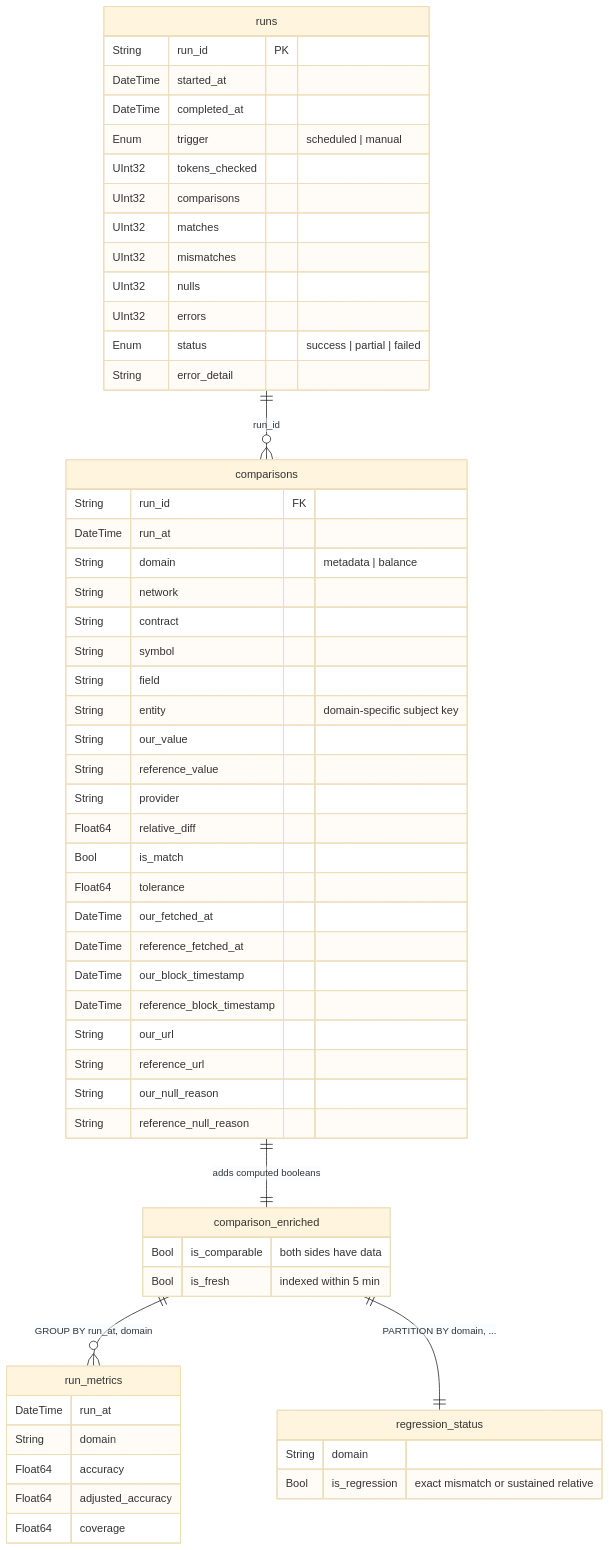
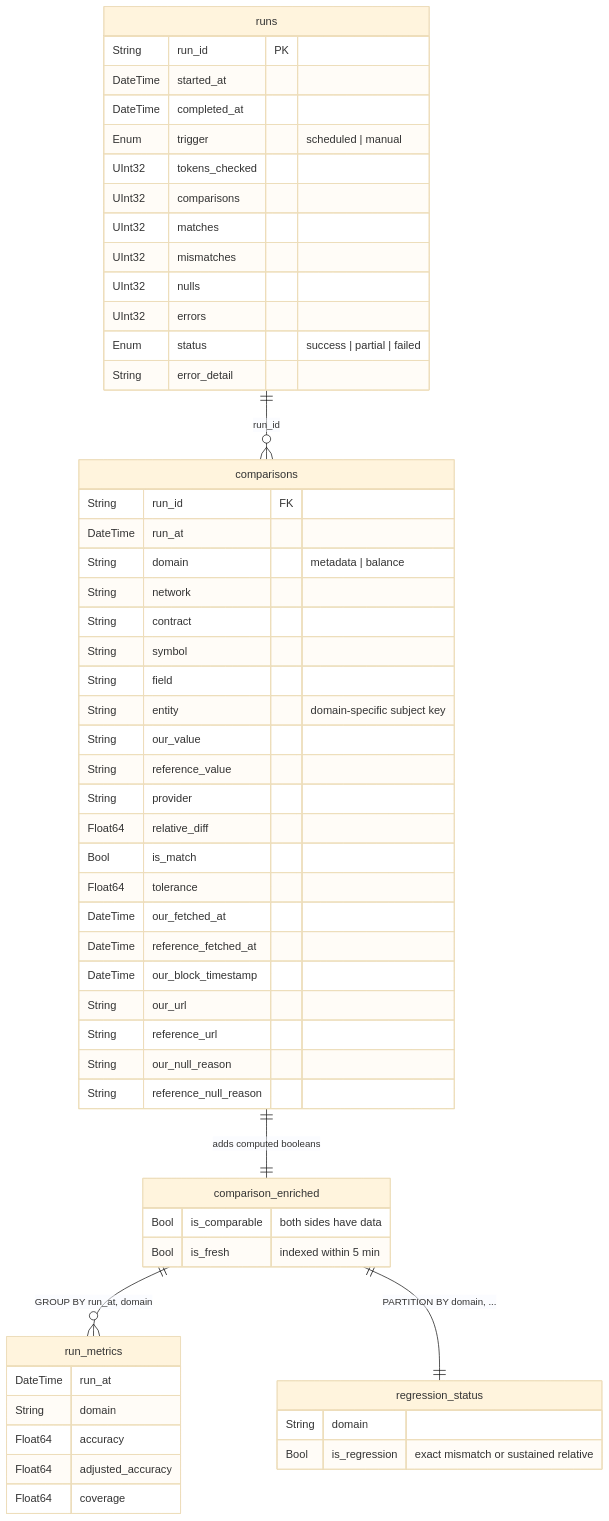
One commit to pinax-network/token-api-validator changed the diagram in README.md. Above: the diagram before and after it, drawn with Mermaid (base theme). The commit also changed 5 other files, not shown here.

First line of the commit message:
Drop reference_block_timestamp (redundant with block-pinning)

````diff
--- a/README.md
+++ b/README.md
@@ -163,65 +163,64 @@
 ```mermaid
 erDiagram
     runs {
         String run_id PK
         DateTime started_at
         DateTime completed_at
         Enum trigger "scheduled | manual"
         UInt32 tokens_checked
         UInt32 comparisons
         UInt32 matches
         UInt32 mismatches
         UInt32 nulls
         UInt32 errors
         Enum status "success | partial | failed"
         String error_detail
     }
 
     comparisons {
         String run_id FK
         DateTime run_at
         String domain "metadata | balance"
         String network
         String contract
         String symbol
         String field
         String entity "domain-specific subject key"
         String our_value
         String reference_value
         String provider
         Float64 relative_diff
         Bool is_match
         Float64 tolerance
         DateTime our_fetched_at
         DateTime reference_fetched_at
         DateTime our_block_timestamp
-        DateTime reference_block_timestamp
         String our_url
         String reference_url
         String our_null_reason
         String reference_null_reason
     }
 
     comparison_enriched {
         Bool is_comparable "both sides have data"
         Bool is_fresh "indexed within 5 min"
     }
 
     run_metrics {
         DateTime run_at
         String domain
         Float64 accuracy
         Float64 adjusted_accuracy
         Float64 coverage
     }
 
     regression_status {
         String domain
         Bool is_regression "exact mismatch or sustained relative"
     }
 
     runs ||--o{ comparisons : "run_id"
     comparisons ||--|| comparison_enriched : "adds computed booleans"
     comparison_enriched ||--o{ run_metrics : "GROUP BY run_at, domain"
     comparison_enriched ||--|| regression_status : "PARTITION BY domain, ..."
 ```
````
